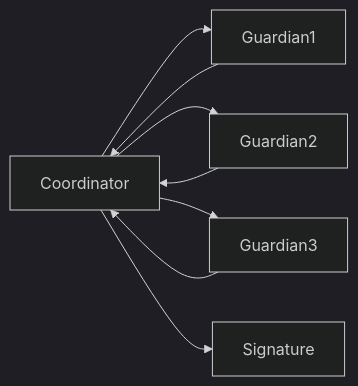
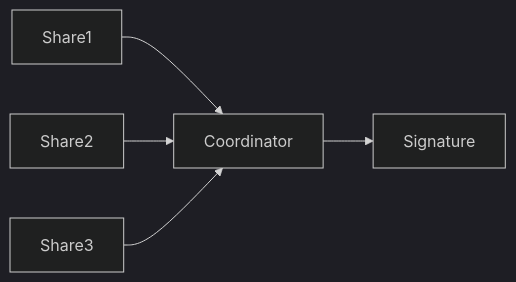
One commit to rishi-xyz/horcrux changed the seventh of 15 diagrams in Architecture.md. Above: the diagram before and after it, drawn with Mermaid (dark theme). The commit also changed other lines of this file and 12 other files, not shown here.

````diff
--- a/Architecture.md
+++ b/Architecture.md
@@ -936,31 +683,9 @@
 ```mermaid
 flowchart LR
 
-Coordinator
+Share1 --> Coordinator
+Share2 --> Coordinator
+Share3 --> Coordinator
 
--->Guardian1
-
-Coordinator
-
--->Guardian2
-
-Coordinator
-
--->Guardian3
-
-Guardian1
-
--->Coordinator
-
-Guardian2
-
--->Coordinator
-
-Guardian3
-
--->Coordinator
-
-Coordinator
-
--->Signature
+Coordinator --> Signature
 ```
````
